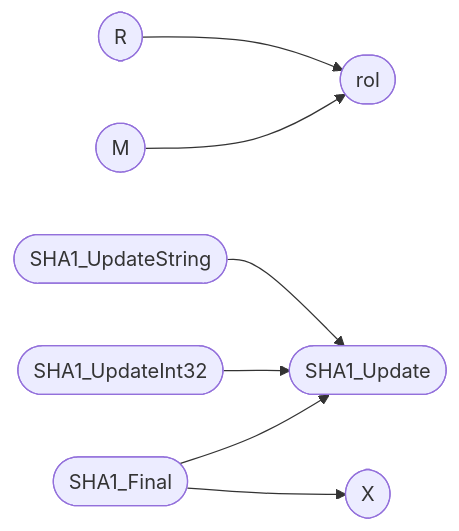
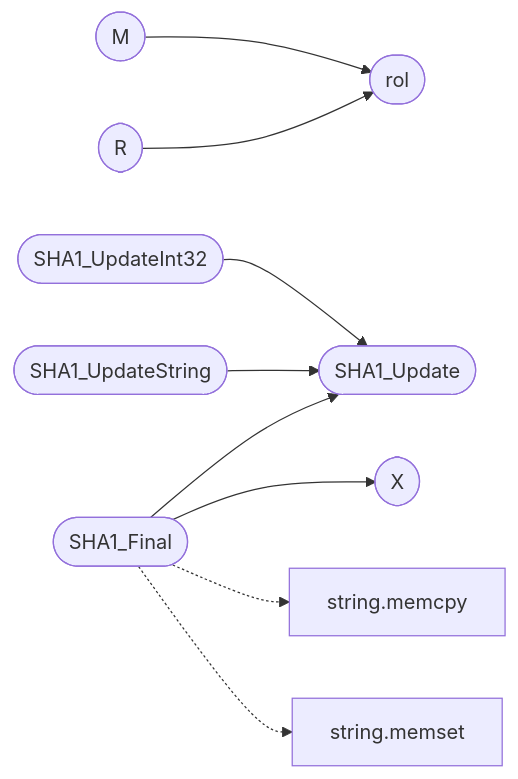
Before and after one commit to grisuno/miniOS: the diagram in readmenator-apidocs/modules/progs.doomgeneric.sha1.c.md, drawn with Mermaid. The commit also changed other lines of this file and 222 other files, not shown here.

````diff
--- a/readmenator-apidocs/modules/progs.doomgeneric.sha1.c.md
+++ b/readmenator-apidocs/modules/progs.doomgeneric.sha1.c.md
@@ -16,17 +16,21 @@
 ```mermaid
 flowchart LR
     n_progs_doomgeneric_sha1_c__M(["M"])
     n_progs_doomgeneric_sha1_c__rol(["rol"])
     n_progs_doomgeneric_sha1_c__R(["R"])
     n_progs_doomgeneric_sha1_c__SHA1_Final(["SHA1_Final"])
     n_progs_doomgeneric_sha1_c__SHA1_Update(["SHA1_Update"])
     n_progs_doomgeneric_sha1_c__X(["X"])
     n_progs_doomgeneric_sha1_c__SHA1_UpdateInt32(["SHA1_UpdateInt32"])
     n_progs_doomgeneric_sha1_c__SHA1_UpdateString(["SHA1_UpdateString"])
+    n_kernel_string_c__memcpy["string.memcpy"]
+    n_kernel_string_c__memset["string.memset"]
     n_progs_doomgeneric_sha1_c__M --> n_progs_doomgeneric_sha1_c__rol
     n_progs_doomgeneric_sha1_c__R --> n_progs_doomgeneric_sha1_c__rol
     n_progs_doomgeneric_sha1_c__SHA1_Final --> n_progs_doomgeneric_sha1_c__SHA1_Update
     n_progs_doomgeneric_sha1_c__SHA1_Final --> n_progs_doomgeneric_sha1_c__X
     n_progs_doomgeneric_sha1_c__SHA1_UpdateInt32 --> n_progs_doomgeneric_sha1_c__SHA1_Update
     n_progs_doomgeneric_sha1_c__SHA1_UpdateString --> n_progs_doomgeneric_sha1_c__SHA1_Update
+    n_progs_doomgeneric_sha1_c__SHA1_Final -.-> n_kernel_string_c__memcpy
+    n_progs_doomgeneric_sha1_c__SHA1_Final -.-> n_kernel_string_c__memset
 ```
````
